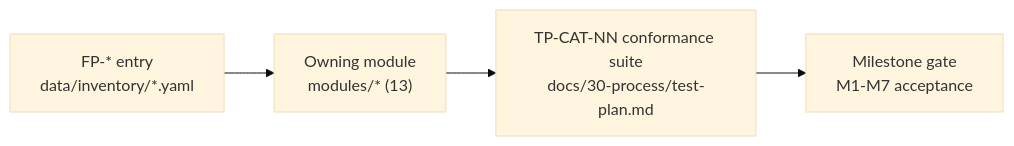
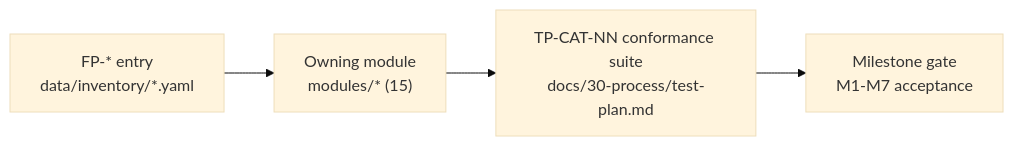
One commit to payswapdotorg/blender-cad changed the diagram in docs/10-product/feature-parity-inventory.md. Above: the diagram before and after it, drawn with Mermaid (base theme). The commit also changed other lines of this file and 143 other files, not shown here.

````diff
--- a/docs/10-product/feature-parity-inventory.md
+++ b/docs/10-product/feature-parity-inventory.md
@@ -93,6 +97,6 @@
 ```mermaid
 graph LR
-    A["FP-* entry<br/>data/inventory/*.yaml"] --> B["Owning module<br/>modules/* (13)"]
+    A["FP-* entry<br/>data/inventory/*.yaml"] --> B["Owning module<br/>modules/* (15)"]
     B --> C["TP-CAT-NN conformance suite<br/>docs/30-process/test-plan.md"]
     C --> D["Milestone gate<br/>M1-M7 acceptance"]
 ```
````
